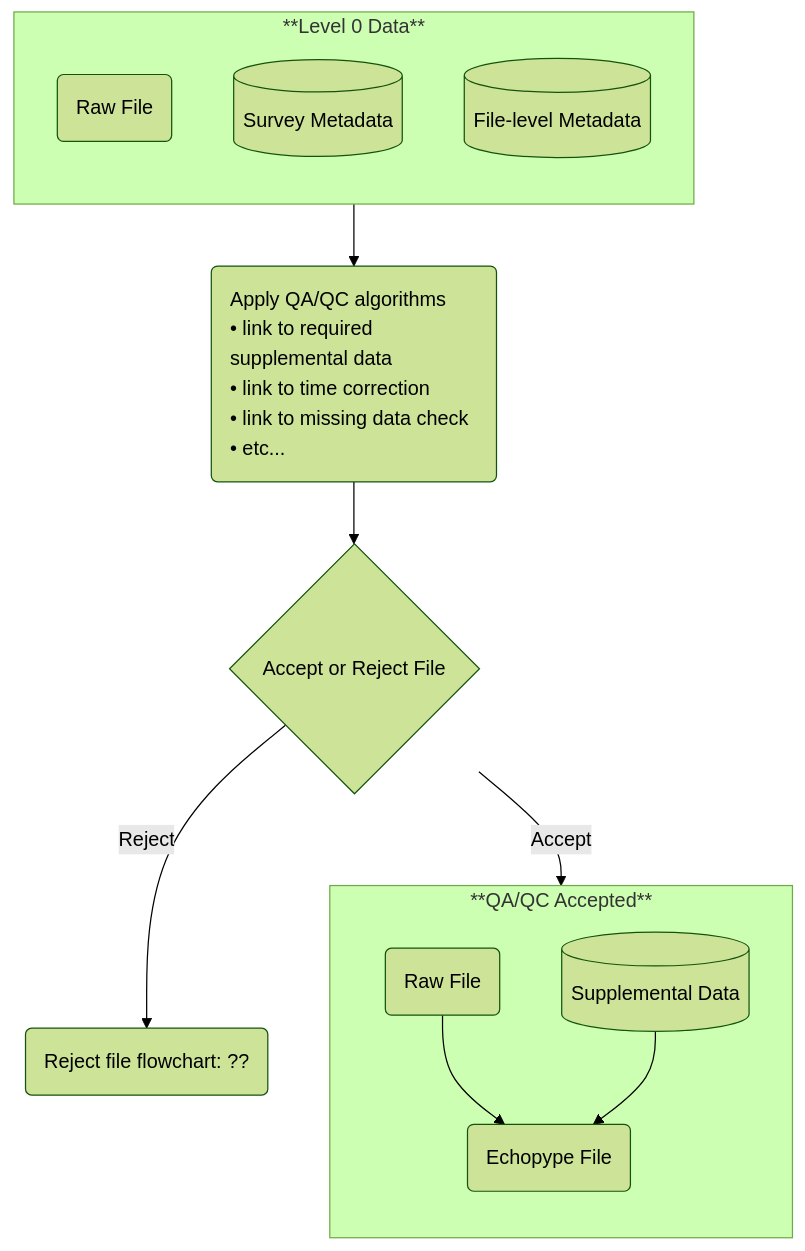
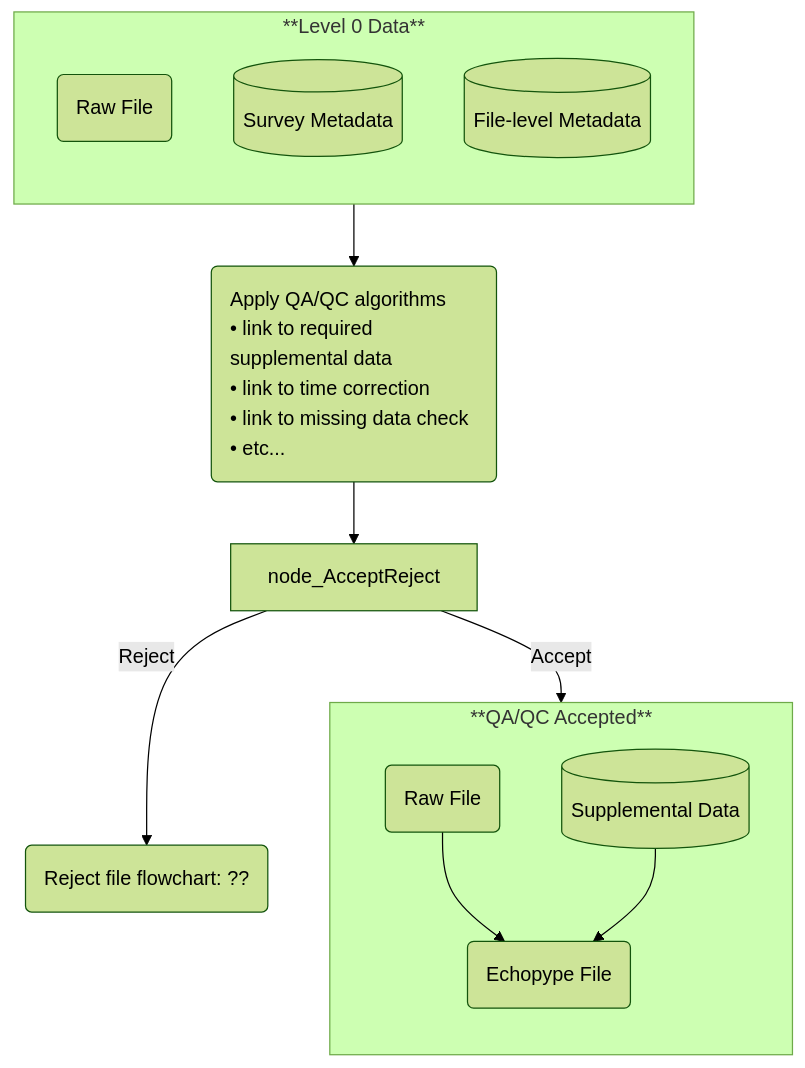
Before and after one commit to nmfs-ost/AA-SI_DataRoadMap: the second of 2 diagrams in README.md, drawn with Mermaid (forest theme). The commit also changed other lines of this file, not shown here.

First line of the commit message:
edit L0 text and schematic

````diff
--- a/README.md
+++ b/README.md
@@ -83,24 +85,24 @@
 ```mermaid
 flowchart TB
     subgraph SG_L0Data["**Level 0 Data**"]
         direction TB
         node_L0RF@{ shape: rounded, label: "Raw File" }
         node_L0SMD@{ shape: database, label: "Survey Metadata" }
         node_RFMD@{ shape: database, label: "File-level Metadata" }
     end
     subgraph SG_AcceptFile["**QA/QC Accepted**"]
         direction TB
         node_L0RF1@{ shape: rounded, label: "Raw File" }
         node_RFSD@{ shape: database, label: "Supplemental Data" }
         node_EPF@{ shape: rounded, label: "Echopype File" }
         node_L0RF1 --> node_EPF
         node_RFSD --> node_EPF
     end
 SG_L0Data --> node_QAQC@{ shape: rounded, label: "Apply QA/QC algorithms<br/>&bull; link to required supplemental data<br/>&bull; link to time correction<br/>&bull; link to missing data check<br/>&bull; etc..." }
 style node_QAQC text-align:left
-node_QAQC --> node_AcceptReject@{ shape: diamond, label: "Accept or Reject File" }
+node_QAQC --> node_AcceptReject
 node_AcceptReject --> |Accept| SG_AcceptFile
 node_AcceptReject --> |Reject| node_Reject@{ shape: rounded, label: "Reject file flowchart: ??" }
 
 
 ```
````
